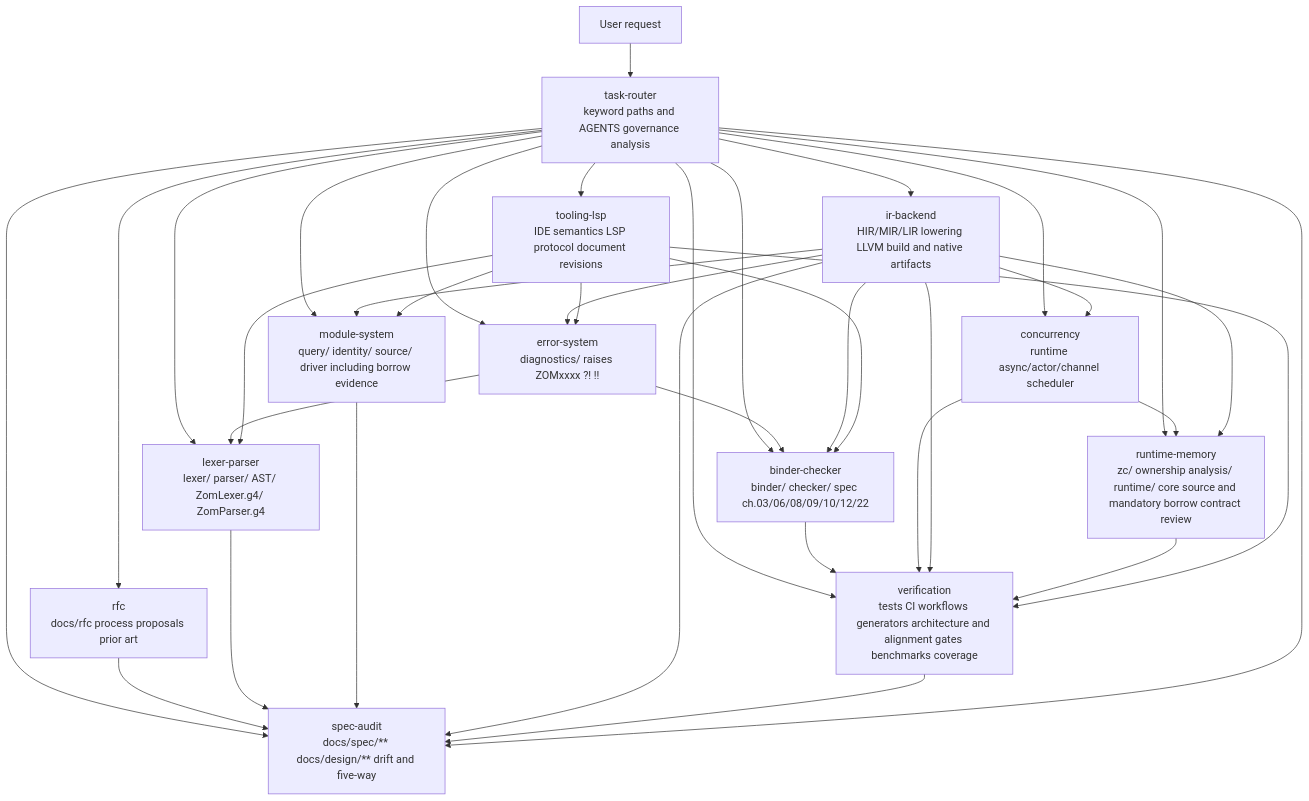
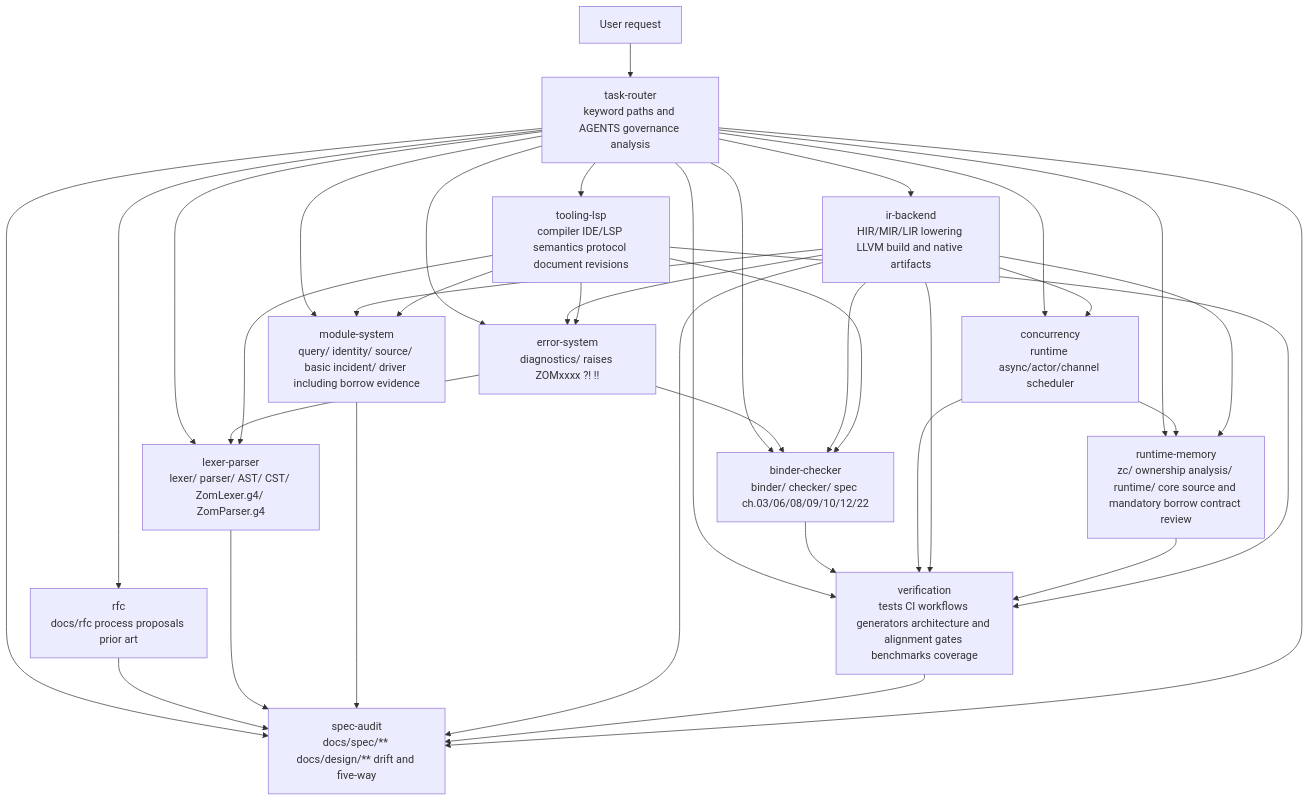
The diagram in .codex/subagents/README.md (Zzzode/ZOM), drawn with Mermaid before and after one commit. The commit also changed other lines of this file and 13 other files, not shown here.

Commit message:
docs(agents): route diagnostics architecture work

````diff
--- a/.codex/subagents/README.md
+++ b/.codex/subagents/README.md
@@ -11,41 +11,41 @@
 ```mermaid
 flowchart TD
     U[User request] --> TR[task-router<br/>keyword paths and AGENTS governance analysis]
 
     TR --> RF[rfc<br/>docs/rfc process proposals prior art]
-    TR --> LP[lexer-parser<br/>lexer/ parser/ AST/ ZomLexer.g4/ ZomParser.g4]
+    TR --> LP[lexer-parser<br/>lexer/ parser/ AST/ CST/ ZomLexer.g4/ ZomParser.g4]
     TR --> BC[binder-checker<br/>binder/ checker/ spec ch.03/06/08/09/10/12/22]
-    TR --> MS[module-system<br/>query/ identity/ source/ driver including borrow evidence]
+    TR --> MS[module-system<br/>query/ identity/ source/ basic incident/ driver including borrow evidence]
     TR --> ES[error-system<br/>diagnostics/ raises ZOMxxxx ?! !!]
     TR --> CN[concurrency<br/>runtime async/actor/channel scheduler]
     TR --> IB[ir-backend<br/>HIR/MIR/LIR lowering LLVM build and native artifacts]
     TR --> SA[spec-audit<br/>docs/spec/** docs/design/** drift and five-way]
     TR --> RM[runtime-memory<br/>zc/ ownership analysis/ runtime/ core source and mandatory borrow contract review]
     TR --> VR[verification<br/>tests CI workflows generators architecture and alignment gates benchmarks coverage]
-    TR --> TL[tooling-lsp<br/>IDE semantics LSP protocol document revisions]
+    TR --> TL[tooling-lsp<br/>compiler IDE/LSP semantics protocol document revisions]
 
     %% Escalation edges
     RF --> SA
     LP --> SA
     BC --> VR
     MS --> SA
     ES --> LP
     ES --> BC
     CN --> RM
     CN --> VR
     IB --> BC
     IB --> MS
     IB --> ES
     IB --> CN
     IB --> RM
     IB --> VR
     IB --> SA
     RM --> VR
     TL --> LP
     TL --> BC
     TL --> MS
     TL --> ES
     TL --> VR
     VR --> SA
     TR --> SA
 ```
````
